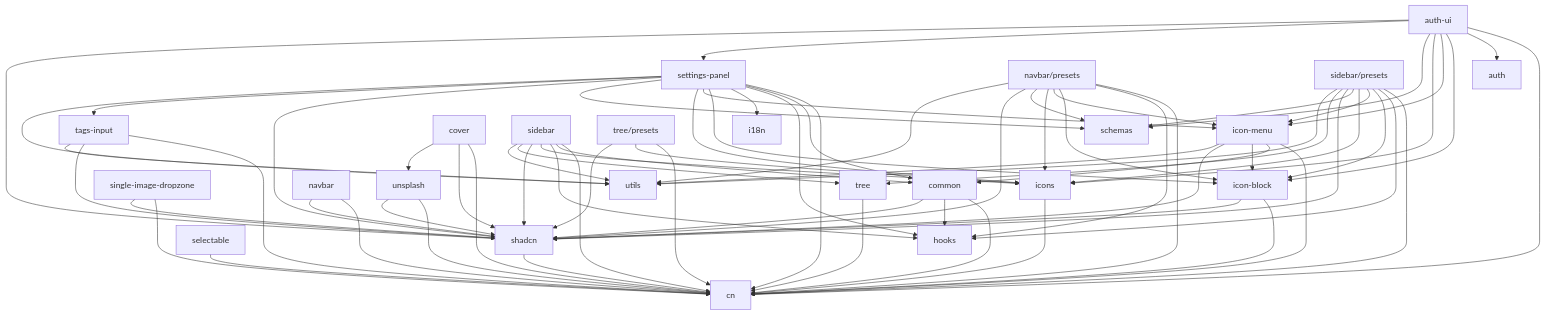
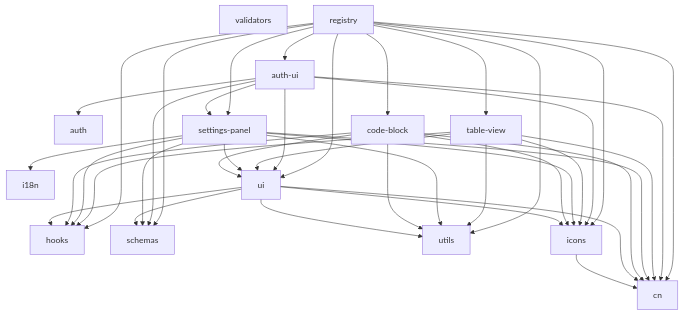
Before and after one commit to steeeee0223/notion-kit: the diagram in package-dependencies.md, drawn with Mermaid. The commit also changed other lines of this file and 14 other files, not shown here.

````diff
--- a/package-dependencies.md
+++ b/package-dependencies.md
@@ -5,105 +5,62 @@
 ```mermaid
 graph TD
     %% Base packages (no dependencies)
+    auth[auth]
     cn[cn]
+    hooks[hooks]
+    i18n[i18n]
+    schemas[schemas]
     utils[utils]
-    hooks[hooks]
-    schemas[schemas]
-    i18n[i18n]
-    auth[auth]
+    validators[validators]
     
     %% Level 1 - depends on base packages
     icons --> cn
-    selectable --> cn
-    shadcn --> cn
     
     %% Level 2 - depends on Level 1
-    single-image-dropzone --> cn
-    single-image-dropzone --> shadcn
-    
-    icon-block --> cn
-    icon-block --> shadcn
-    
-    tags-input --> cn
-    tags-input --> shadcn
-    tags-input --> utils
-    
-    common --> cn
-    common --> hooks
-    common --> shadcn
-        
-    navbar --> cn
-    navbar --> shadcn
+    ui --> cn
+    ui --> hooks
+    ui --> icons
+    ui --> schemas
+    ui --> utils
     
     %% Level 3 - depends on Level 2
-    tree --> cn
-    
-    icon-menu --> cn
-    icon-menu --> common
-    icon-menu --> icon-block
-    icon-menu --> shadcn
-    icon-menu --> utils
-    
-    unsplash --> cn
-    unsplash --> shadcn
-    
-    cover --> cn
-    cover --> shadcn
-    cover --> unsplash
-    
+    code-block --> cn
+    code-block --> hooks
+    code-block --> icons
+    code-block --> ui
+    code-block --> utils
+
     settings-panel --> cn
-    settings-panel --> common
     settings-panel --> hooks
     settings-panel --> i18n
-    settings-panel --> icon-block
-    settings-panel --> icon-menu
     settings-panel --> icons
     settings-panel --> schemas
-    settings-panel --> shadcn
-    settings-panel --> tags-input
+    settings-panel --> ui
     settings-panel --> utils
     
+    table-view --> cn
+    table-view --> hooks
+    table-view --> icons
+    table-view --> ui
+    table-view --> utils
+    
+    %% Level 4 - depends on Level 3
+    auth-ui --> auth
     auth-ui --> cn
-    auth-ui --> auth
-    auth-ui --> icon-block
-    auth-ui --> icon-menu
     auth-ui --> icons
     auth-ui --> schemas
     auth-ui --> settings-panel
-    auth-ui --> shadcn
+    auth-ui --> ui
     
-    %% Level 4 - depends on Level 3
-    sidebar --> cn
-    sidebar --> common
-    sidebar --> hooks
-    sidebar --> icons
-    sidebar --> shadcn
-    sidebar --> tree
-    sidebar --> utils
-    
-    %% tree/presets subpackage (virtual node for documentation)
-    tree-presets[tree/presets] --> cn
-    tree-presets --> icons
-    tree-presets --> shadcn
-
-    %% navbar/presets subpackage (virtual node for documentation)
-    navbar/presets[navbar/presets] --> cn
-    navbar/presets --> hooks
-    navbar/presets --> icon-block
-    navbar/presets --> icon-menu
-    navbar/presets --> icons
-    navbar/presets --> schemas
-    navbar/presets --> shadcn
-    navbar/presets --> utils
-    
-    %% sidebar/presets subpackage (virtual node for documentation)
-    sidebar-presets[sidebar/presets] --> cn
-    sidebar-presets --> hooks
-    sidebar-presets --> icon-block
-    sidebar-presets --> icon-menu
-    sidebar-presets --> icons
-    sidebar-presets --> schemas
-    sidebar-presets --> shadcn
-    sidebar-presets --> tree
-    sidebar-presets --> utils
+    %% Level 5 - depends on Level 4
+    registry --> auth-ui
+    registry --> cn
+    registry --> code-block
+    registry --> hooks
+    registry --> icons
+    registry --> schemas
+    registry --> settings-panel
+    registry --> table-view
+    registry --> ui
+    registry --> utils
 ```
````
